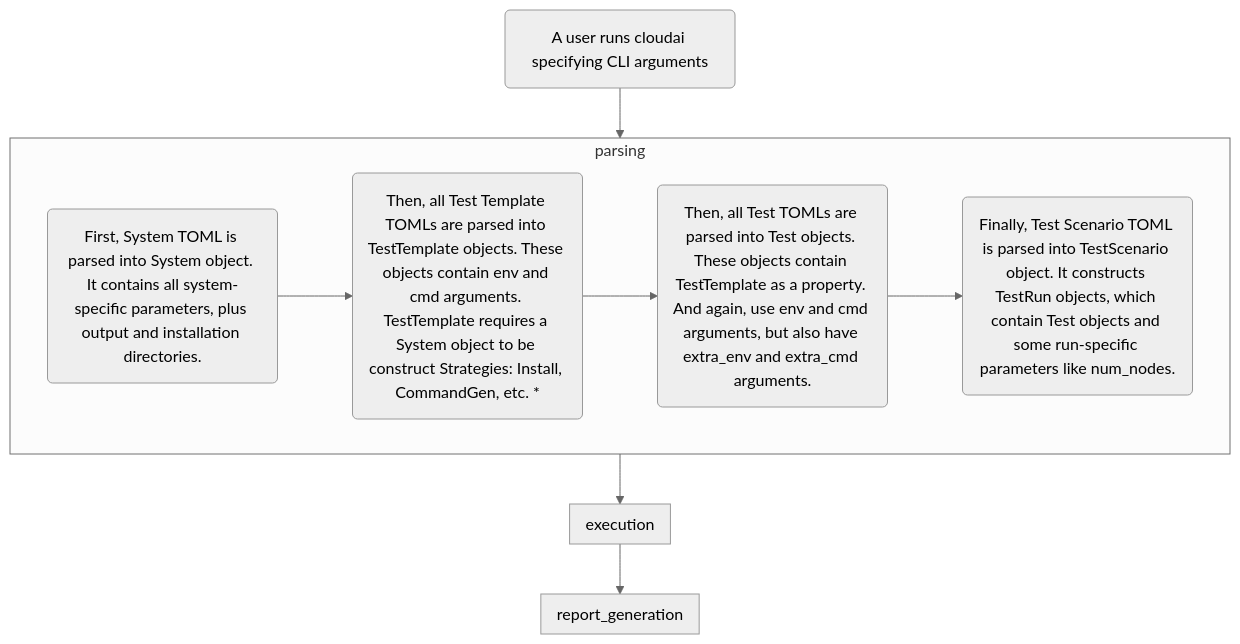
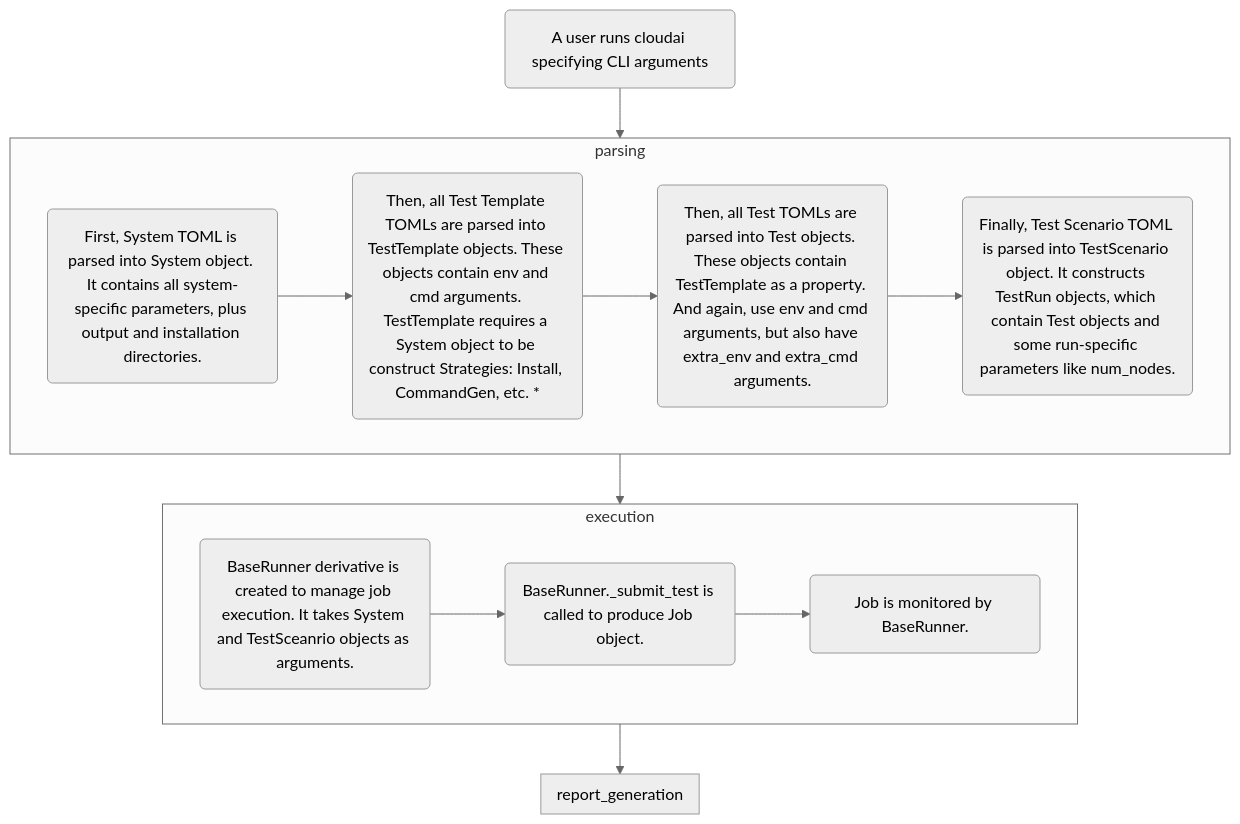
Before and after one commit to NVIDIA/cloudai: the third of 3 diagrams in doc/DEV.md, drawn with Mermaid (neutral theme). The commit also changed other lines of this file, not shown here.

````diff
--- a/doc/DEV.md
+++ b/doc/DEV.md
@@ -99,23 +105,28 @@
 ```mermaid
 flowchart TB
     ur(A user runs cloudai specifying CLI arguments)
     ur --> parsing
     sp --> ttp
     ttp --> tp
     tp --> tsp
 
     subgraph parsing
     sp(First, System TOML is parsed into System object. It contains all system-specific parameters, plus output and installation directories.)
     ttp(Then, all Test Template TOMLs are parsed into TestTemplate objects. These objects contain env and cmd arguments. TestTemplate requires a System object to be construct Strategies: Install, CommandGen, etc. *)
     tp(Then, all Test TOMLs are parsed into Test objects. These objects contain TestTemplate as a property. And again, use env and cmd arguments, but also have extra_env and extra_cmd arguments.)
     tsp(Finally, Test Scenario TOML is parsed into TestScenario object. It constructs TestRun objects, which contain Test objects and some run-specific parameters like num_nodes.)
     end
 
+    jr --> st
+    st --> jm
     parsing --> execution    
     subgraph execution
+    jr(BaseRunner derivative is created to manage job execution. It takes System and TestSceanrio objects as arguments.)
+    st(BaseRunner._submit_test is called to produce Job object.)
+    jm(Job is monitored by BaseRunner.)
     end
 
     execution --> report_generation
     subgraph report_generation
     end
 ```
````
